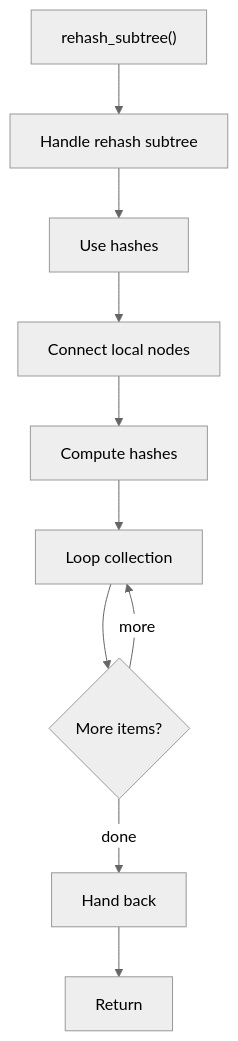
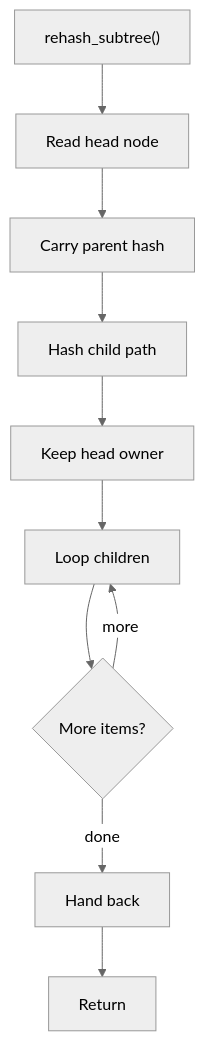
The diagram in docs/Codebase/Microservice/Modules/Source/HashingMechanism/ReverseMerkle/Flow/functions/rehash_subtree.cpp.md (JohnAndrewBalbarosa/NeoTerritory), drawn with Mermaid (neutral theme) before and after one commit. The commit also changed other lines of this file and 147 other files, not shown here.

````diff
--- a/docs/Codebase/Microservice/Modules/Source/HashingMechanism/ReverseMerkle/Flow/functions/rehash_subtree.cpp.md
+++ b/docs/Codebase/Microservice/Modules/Source/HashingMechanism/ReverseMerkle/Flow/functions/rehash_subtree.cpp.md
@@ -20,21 +26,21 @@
 ```mermaid
 flowchart TD
     Start["rehash_subtree()"]
-    N0["Handle rehash subtree"]
-    N1["Use hashes"]
-    N2["Connect local nodes"]
-    N3["Compute hashes"]
-    N4["Loop collection"]
+    N0["Read head node"]
+    N1["Carry parent hash"]
+    N2["Hash child path"]
+    N3["Keep head owner"]
+    N4["Loop children"]
     L4{"More items?"}
     N5["Hand back"]
     End["Return"]
     Start --> N0
     N0 --> N1
     N1 --> N2
     N2 --> N3
     N3 --> N4
     N4 --> L4
     L4 -->|more| N4
     L4 -->|done| N5
     N5 --> End
 ```
````
